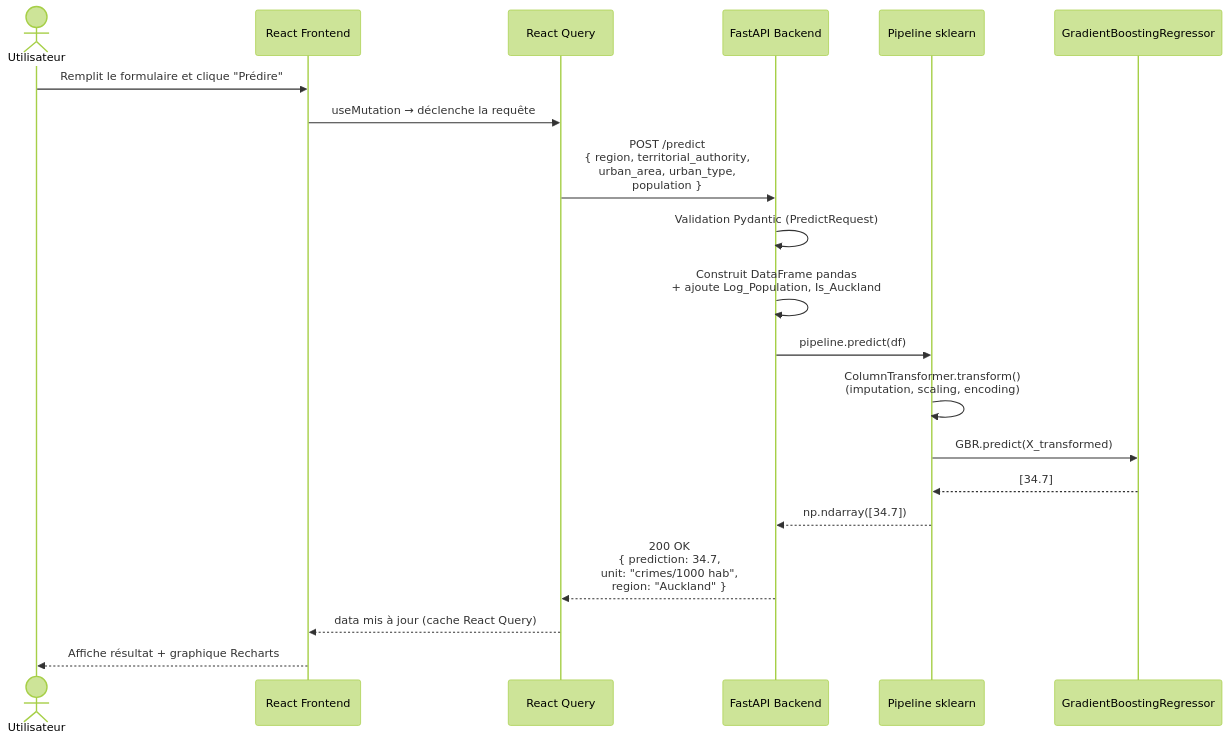
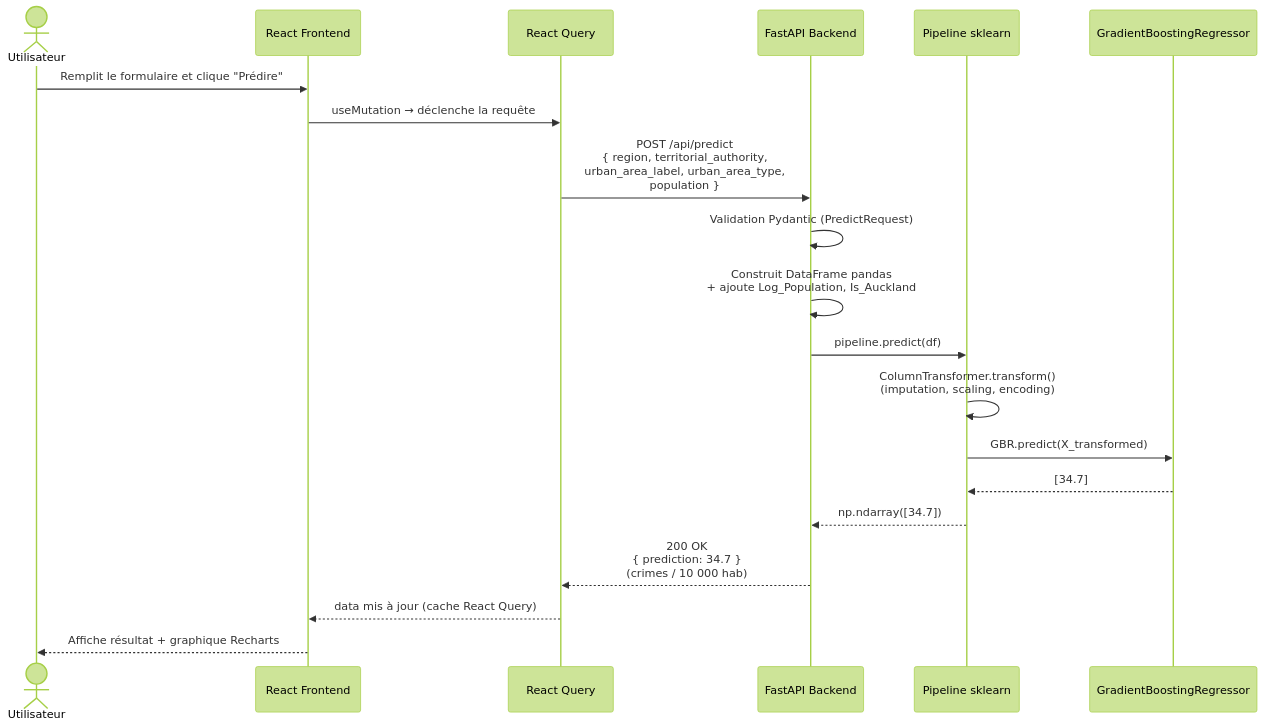
One commit to Jeremie-pires/big-data-projet changed the diagram in docs/diagramme-sequence.md. Above: the diagram before and after it, drawn with Mermaid (forest theme). The commit also changed other lines of this file and 5 other files, not shown here.

````diff
--- a/docs/diagramme-sequence.md
+++ b/docs/diagramme-sequence.md
@@ -5,28 +5,28 @@
 ```mermaid
 sequenceDiagram
     actor U as Utilisateur
     participant FE as React Frontend
     participant RQ as React Query
     participant API as FastAPI Backend
     participant P as Pipeline sklearn
     participant M as GradientBoostingRegressor
 
     U->>FE: Remplit le formulaire et clique "Prédire"
     FE->>RQ: useMutation → déclenche la requête
 
-    RQ->>API: POST /predict<br/>{ region, territorial_authority,<br/>  urban_area, urban_type,<br/>  population }
+    RQ->>API: POST /api/predict<br/>{ region, territorial_authority,<br/>  urban_area_label, urban_area_type,<br/>  population }
 
     API->>API: Validation Pydantic (PredictRequest)
     API->>API: Construit DataFrame pandas<br/>+ ajoute Log_Population, Is_Auckland
 
     API->>P: pipeline.predict(df)
     P->>P: ColumnTransformer.transform()<br/>(imputation, scaling, encoding)
     P->>M: GBR.predict(X_transformed)
     M-->>P: [34.7]
     P-->>API: np.ndarray([34.7])
 
-    API-->>RQ: 200 OK<br/>{ prediction: 34.7,<br/>  unit: "crimes/1000 hab",<br/>  region: "Auckland" }
+    API-->>RQ: 200 OK<br/>{ prediction: 34.7 }<br/>(crimes / 10 000 hab)
 
     RQ-->>FE: data mis à jour (cache React Query)
     FE-->>U: Affiche résultat + graphique Recharts
 ```
````
